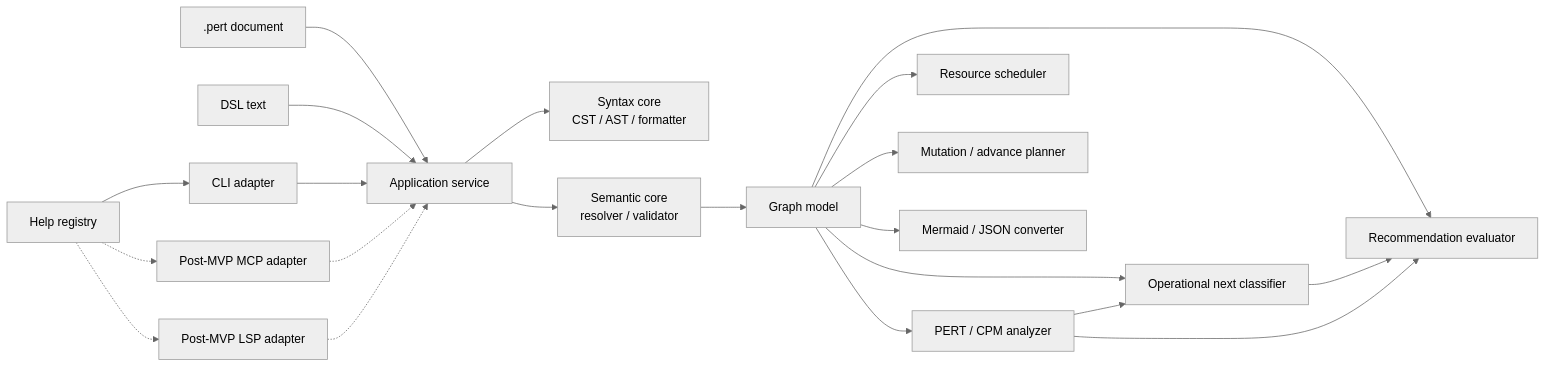
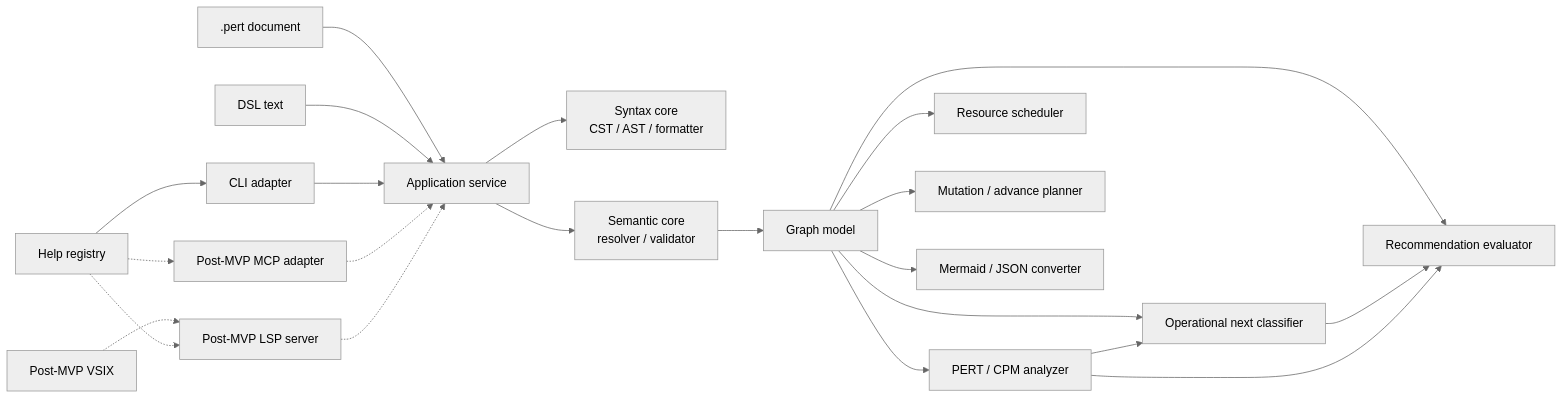
Before and after one commit to mako10k/perttool: the diagram in docs/basic-design.md, drawn with Mermaid (neutral theme). The commit also changed other lines of this file and 5 other files, not shown here.

````diff
--- a/docs/basic-design.md
+++ b/docs/basic-design.md
@@ -68,26 +68,27 @@
 ```mermaid
 flowchart LR
   FILE[.pert document] --> APP[Application service]
   TEXT[DSL text] --> APP
 
   APP --> SYNTAX[Syntax core<br/>CST / AST / formatter]
   APP --> SEMANTIC[Semantic core<br/>resolver / validator]
   SEMANTIC --> GRAPH[Graph model]
   GRAPH --> ANALYZER[PERT / CPM analyzer]
   GRAPH --> SCHEDULER[Resource scheduler]
   GRAPH --> NEXT[Operational next classifier]
   ANALYZER --> NEXT
   GRAPH --> RECOMMEND[Recommendation evaluator]
   NEXT --> RECOMMEND
   ANALYZER --> RECOMMEND
   GRAPH --> TRANSFORM[Mutation / advance planner]
   GRAPH --> CONVERTER[Mermaid / JSON converter]
 
   CLI[CLI adapter] --> APP
   MCP[Post-MVP MCP adapter] -.-> APP
-  LSP[Post-MVP LSP adapter] -.-> APP
+  LSP[Post-MVP LSP server] -.-> APP
+  VSIX[Post-MVP VSIX] -.-> LSP
 
   HELP[Help registry] --> CLI
   HELP -.-> MCP
   HELP -.-> LSP
 ```
````
